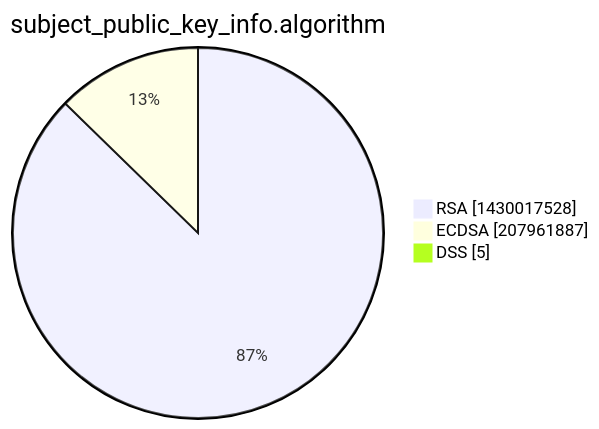
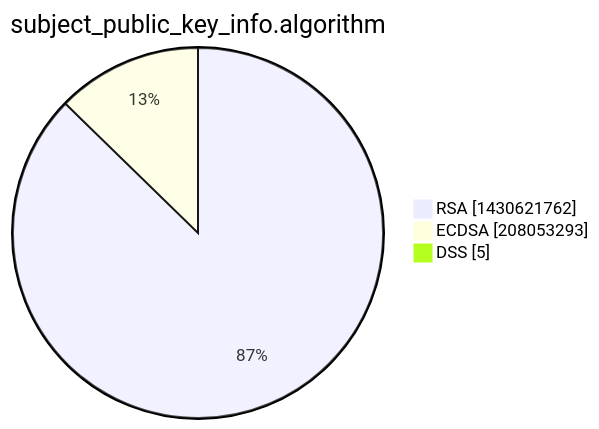
The third of 15 diagrams in xenon2022/README.md (christiankrug/ctmonitor_visualization), drawn with Mermaid before and after one commit. The commit also changed other lines of this file, not shown here.

````diff
--- a/xenon2022/README.md
+++ b/xenon2022/README.md
@@ -14,7 +14,7 @@
 ```mermaid
 pie showData
 title subject_public_key_info.algorithm
-"RSA" :1430017528
-"ECDSA" :207961887
+"RSA" :1430621762
+"ECDSA" :208053293
 "DSS" :5
 ```
````
